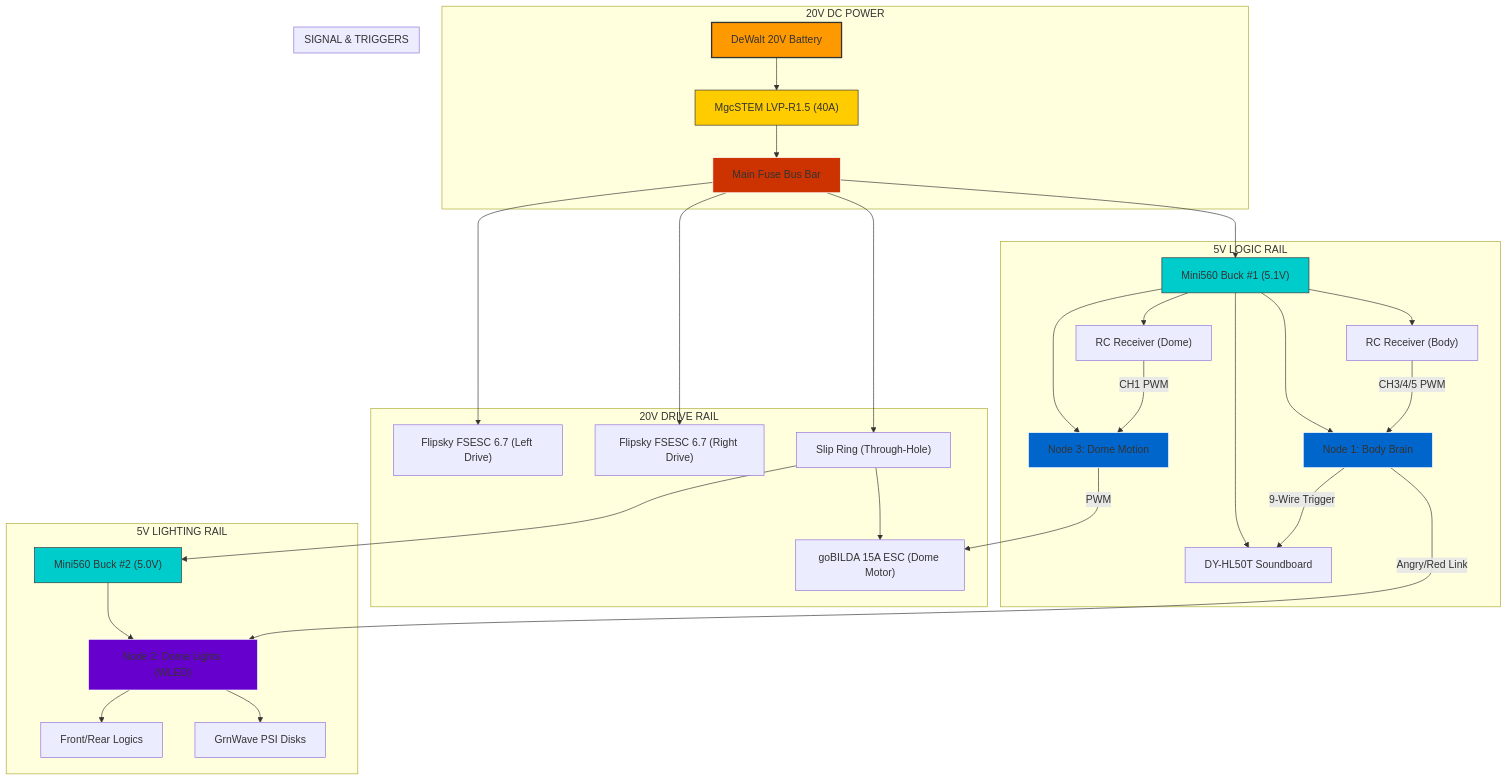
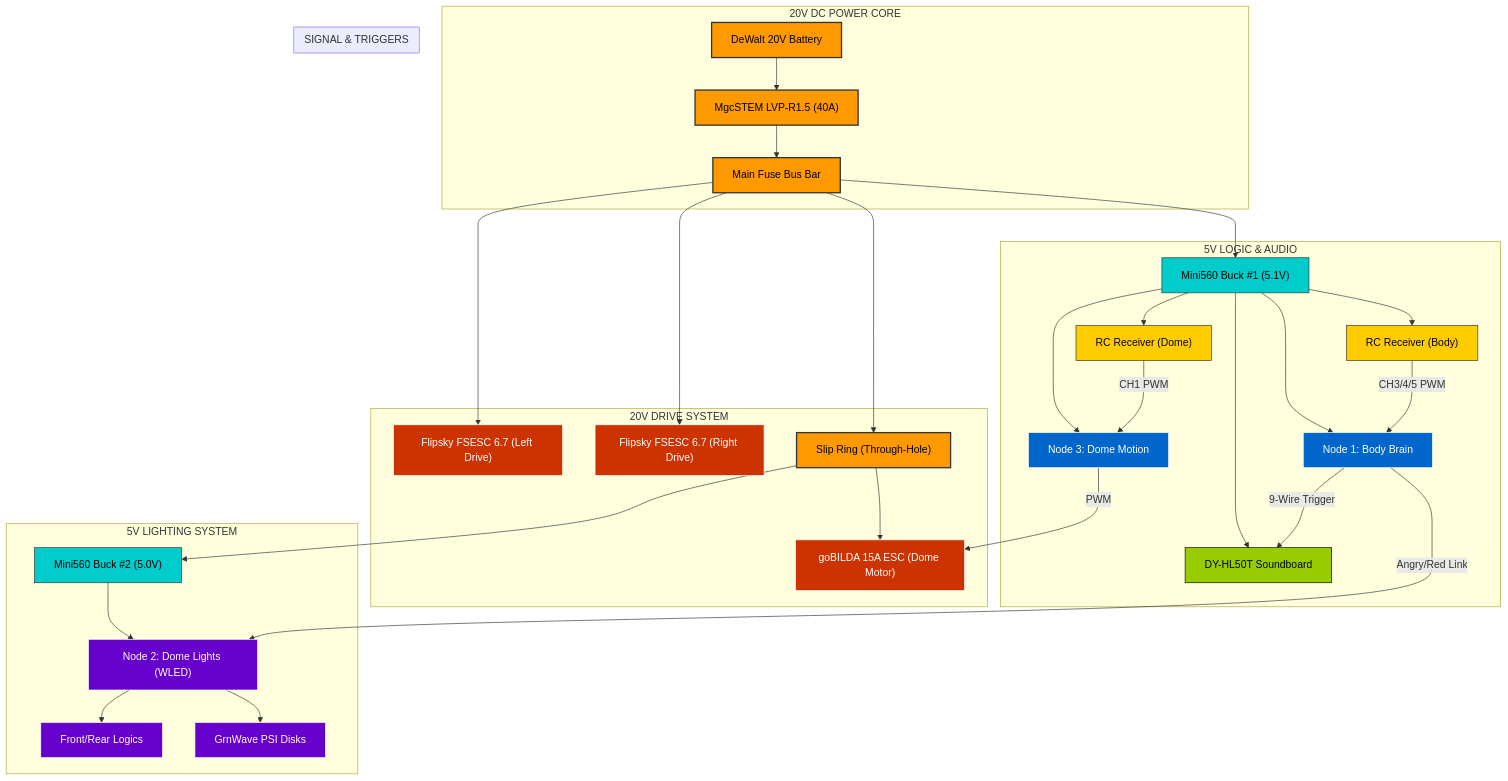
The diagram in docs/electrical/electrical-schematic.md (Ruzzler/Wee2-D2), drawn with Mermaid before and after one commit. The commit also changed other lines of this file and 3 other files, not shown here.

Commit message:
Visual Update: Enabled Mermaid rendering and added Imperial HUB Schematic

````diff
--- a/docs/electrical/electrical-schematic.md
+++ b/docs/electrical/electrical-schematic.md
@@ -7,47 +12,46 @@
 ```mermaid
 graph TD
-    subgraph POWER_SOURCE [20V DC POWER]
-        BAT["DeWalt 20V Battery"] --> LVC["MgcSTEM LVP-R1.5 (40A)"]
-        LVC --> FUSE["Main Fuse Bus Bar"]
+    subgraph POWER_SOURCE [20V DC POWER CORE]
+        BAT["DeWalt 20V Battery"]:::power --> LVC["MgcSTEM LVP-R1.5 (40A)"]:::power
+        LVC --> FUSE["Main Fuse Bus Bar"]:::power
     end
 
-    subgraph HIGH_POWER_RAIL [20V DRIVE RAIL]
-        FUSE --> ESC1["Flipsky FSESC 6.7 (Left Drive)"]
-        FUSE --> ESC2["Flipsky FSESC 6.7 (Right Drive)"]
-        FUSE --> SLIP["Slip Ring (Through-Hole)"]
-        SLIP --> ESC3["goBILDA 15A ESC (Dome Motor)"]
+    subgraph HIGH_POWER_RAIL [20V DRIVE SYSTEM]
+        FUSE --> ESC1["Flipsky FSESC 6.7 (Left Drive)"]:::drive
+        FUSE --> ESC2["Flipsky FSESC 6.7 (Right Drive)"]:::drive
+        FUSE --> SLIP["Slip Ring (Through-Hole)"]:::power
+        SLIP --> ESC3["goBILDA 15A ESC (Dome Motor)"]:::drive
     end
 
-    subgraph LOGIC_RAIL [5V LOGIC RAIL]
-        FUSE --> BUCK1["Mini560 Buck #1 (5.1V)"]
-        BUCK1 --> ESP1["Node 1: Body Brain"]
-        BUCK1 --> ESP3["Node 3: Dome Motion"]
-        BUCK1 --> AUDIO["DY-HL50T Soundboard"]
-        BUCK1 --> RC1["RC Receiver (Body)"]
-        BUCK1 --> RC2["RC Receiver (Dome)"]
+    subgraph LOGIC_RAIL [5V LOGIC & AUDIO]
+        FUSE --> BUCK1["Mini560 Buck #1 (5.1V)"]:::logic
+        BUCK1 --> ESP1["Node 1: Body Brain"]:::brain
+        BUCK1 --> ESP3["Node 3: Dome Motion"]:::brain
+        BUCK1 --> AUDIO["DY-HL50T Soundboard"]:::audio
+        BUCK1 --> RC1["RC Receiver (Body)"]:::signal
+        BUCK1 --> RC2["RC Receiver (Dome)"]:::signal
     end
 
-    subgraph LIGHT_RAIL [5V LIGHTING RAIL]
-        SLIP --> BUCK2["Mini560 Buck #2 (5.0V)"]
-        BUCK2 --> WLED["Node 2: Dome Lights (WLED)"]
-        WLED --> LOGICS["Front/Rear Logics"]
-        WLED --> PSIS["GrnWave PSI Disks"]
+    subgraph LIGHT_RAIL [5V LIGHTING SYSTEM]
+        SLIP --> BUCK2["Mini560 Buck #2 (5.0V)"]:::logic
+        BUCK2 --> WLED["Node 2: Dome Lights (WLED)"]:::lights
+        WLED --> LOGICS["Front/Rear Logics"]:::lights
+        WLED --> PSIS["GrnWave PSI Disks"]:::lights
     end
 
     subgraph SIGNAL_INTERCONNECTS [SIGNAL & TRIGGERS]
         RC1 -- "CH3/4/5 PWM" --> ESP1
         ESP1 -- "9-Wire Trigger" --> AUDIO
         RC2 -- "CH1 PWM" --> ESP3
         ESP3 -- "PWM" --> ESC3
         ESP1 -- "Angry/Red Link" --> WLED
     end
 
-    style BAT fill:#ff9900,stroke:#333,stroke-width:2px
-    style LVC fill:#ffcc00,stroke:#333
-    style FUSE fill:#cc3300,stroke:#fff
-    style BUCK1 fill:#00cccc,stroke:#333
-    style BUCK2 fill:#00cccc,stroke:#333
-    style WLED fill:#6600cc,stroke:#fff
-    style ESP1 fill:#0066cc,stroke:#fff
-    style ESP3 fill:#0066cc,stroke:#fff
+    classDef power fill:#ff9900,stroke:#333,stroke-width:2px,color:#000
+    classDef drive fill:#cc3300,stroke:#fff,color:#fff
+    classDef logic fill:#00cccc,stroke:#333,color:#000
+    classDef brain fill:#0066cc,stroke:#fff,color:#fff
+    classDef audio fill:#99cc00,stroke:#000,color:#000
+    classDef signal fill:#ffcc00,stroke:#333,color:#000
+    classDef lights fill:#6600cc,stroke:#fff,color:#fff
 ```
````
